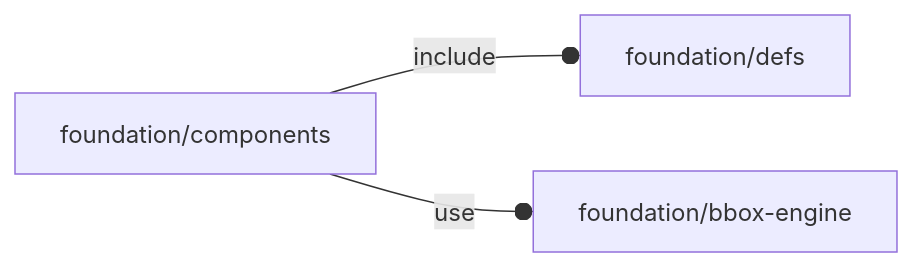
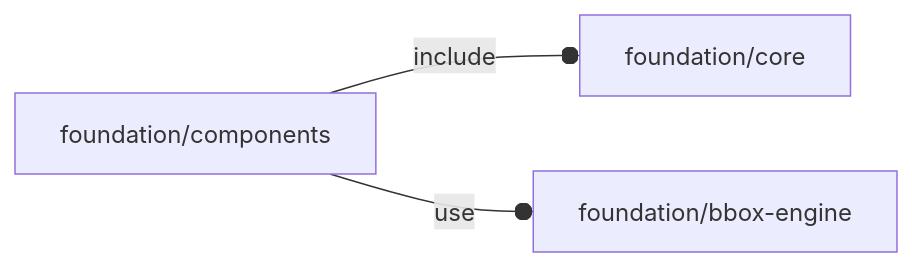
The diagram in orthodocs/foundation/components.md (ggabbiani/OFL), drawn with Mermaid before and after one commit. The commit also changed 81 other files, not shown here.

Commit message:
foundation/defs.scad renamed as foundation/core.scad

````diff
--- a/orthodocs/foundation/components.md
+++ b/orthodocs/foundation/components.md
@@ -5,5 +5,5 @@
 ```mermaid
 graph LR
-    A1[foundation/components] --o|include| A2[foundation/defs]
+    A1[foundation/components] --o|include| A2[foundation/core]
     A1 --o|use| A3[foundation/bbox-engine]
 ```
````
